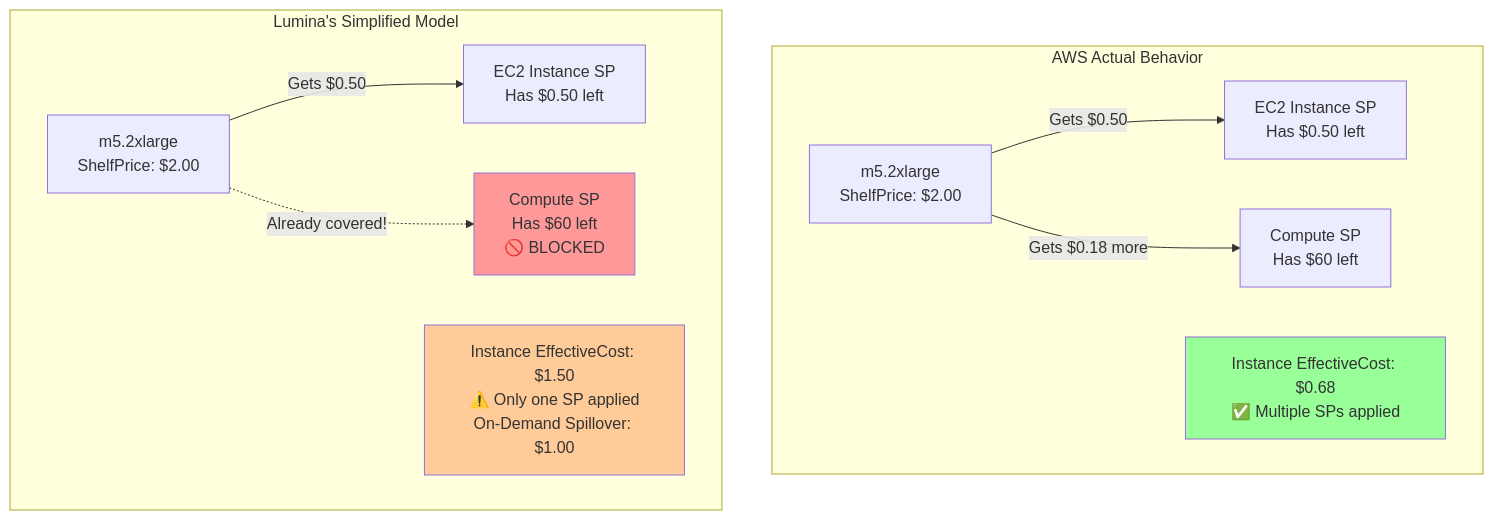
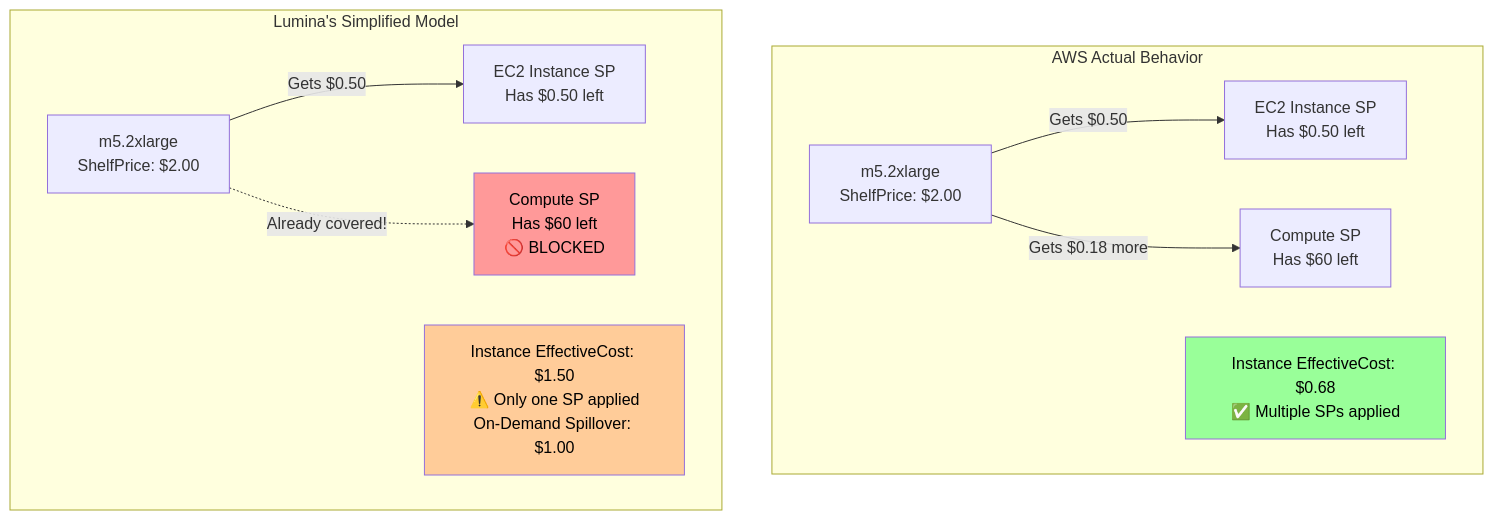
Before and after one commit to Nextdoor/lumina: the seventh of 8 diagrams in ALGORITHM.md, drawn with Mermaid. The commit also changed other lines of this file, not shown here.

First line of the commit message:
docs(algorithm): apply dark text to all light-colored diagram boxes

````diff
--- a/ALGORITHM.md
+++ b/ALGORITHM.md
@@ -382,27 +382,27 @@
 ```mermaid
 graph TB
     subgraph "AWS Actual Behavior"
         Instance1[m5.2xlarge<br/>ShelfPrice: $2.00]
         EC2SP1[EC2 Instance SP<br/>Has $0.50 left]
         ComputeSP1[Compute SP<br/>Has $60 left]
 
         Instance1 -->|Gets $0.50| EC2SP1
         Instance1 -->|Gets $0.18 more| ComputeSP1
         Result1[Instance EffectiveCost: $0.68<br/>✅ Multiple SPs applied]
 
-        style Result1 fill:#99ff99
+        style Result1 fill:#99ff99,color:#000
     end
 
     subgraph "Lumina's Simplified Model"
         Instance2[m5.2xlarge<br/>ShelfPrice: $2.00]
         EC2SP2[EC2 Instance SP<br/>Has $0.50 left]
         ComputeSP2[Compute SP<br/>Has $60 left<br/>🚫 BLOCKED]
 
         Instance2 -->|Gets $0.50| EC2SP2
         Instance2 -.->|Already covered!| ComputeSP2
         Result2[Instance EffectiveCost: $1.50<br/>⚠️ Only one SP applied<br/>On-Demand Spillover: $1.00]
 
-        style Result2 fill:#ffcc99
-        style ComputeSP2 fill:#ff9999
+        style Result2 fill:#ffcc99,color:#000
+        style ComputeSP2 fill:#ff9999,color:#000
     end
 ```
````
